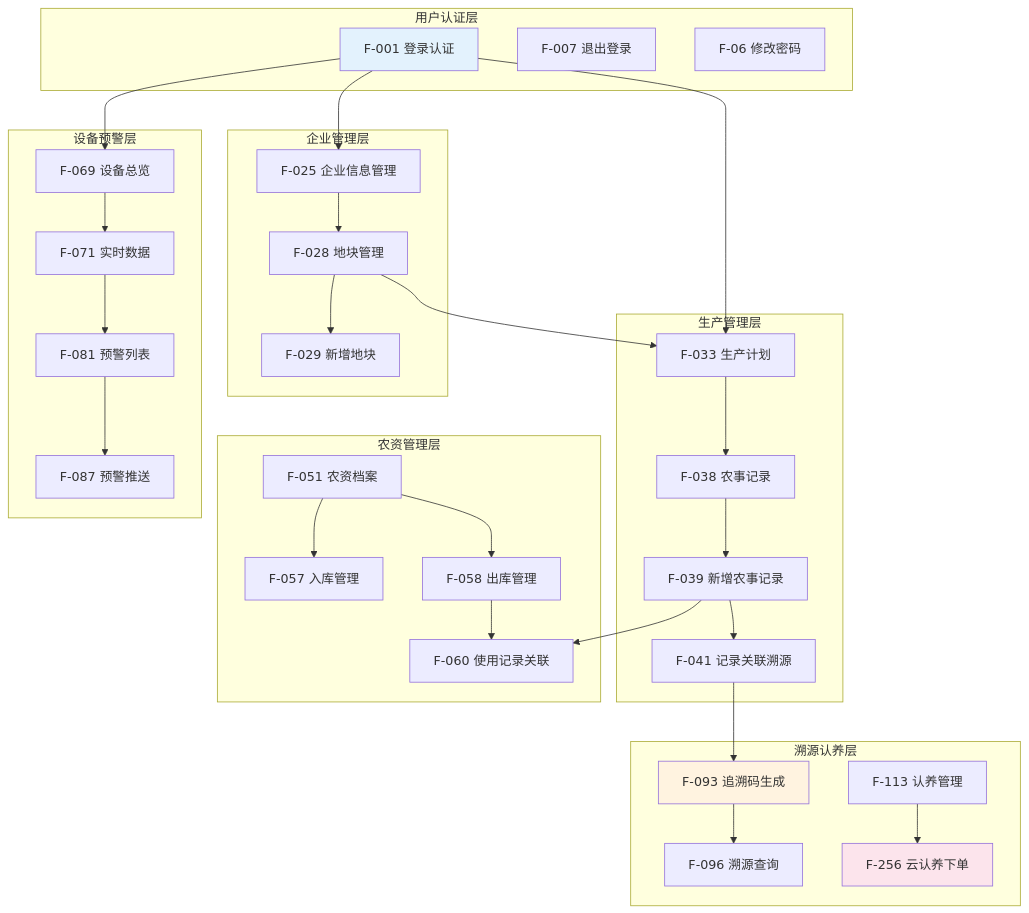
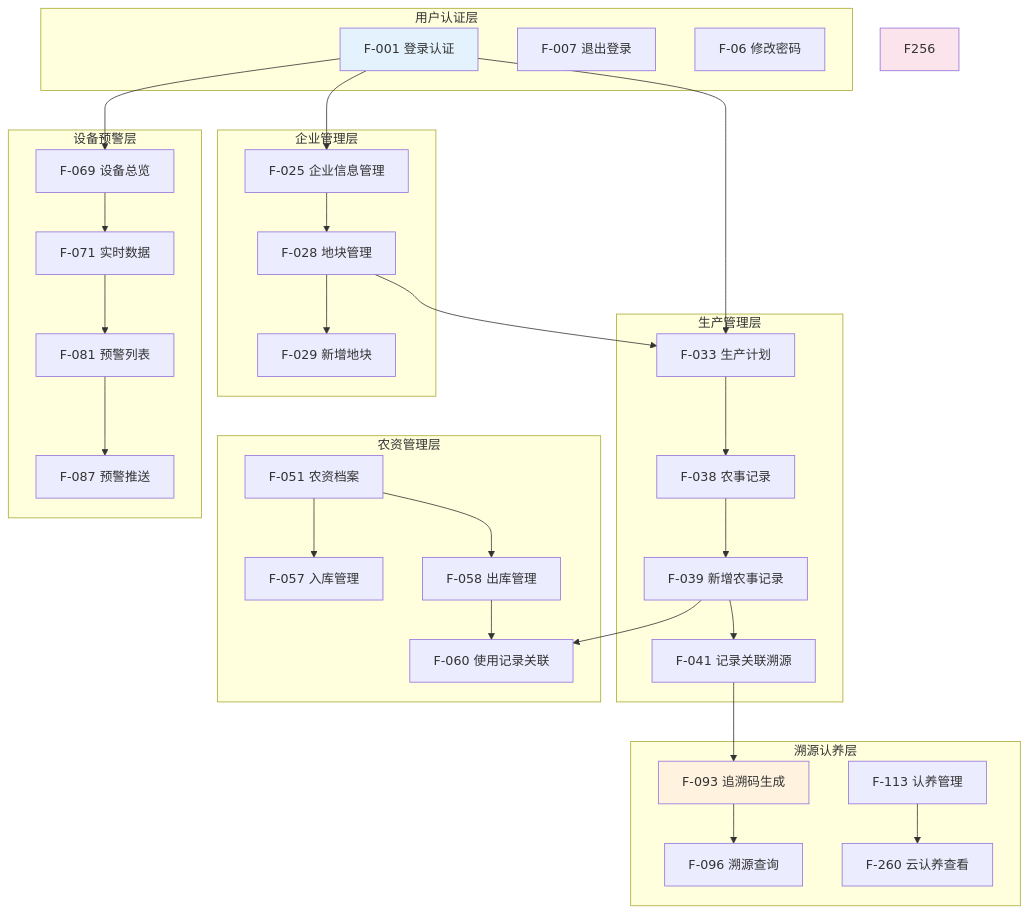
One commit to user007a/pro_smartorchard changed the fourth of 12 diagrams in docs/需求说明书.md. Above: the diagram before and after it, drawn with Mermaid. The commit also changed other lines of this file and 390 other files, not shown here.

````diff
--- a/docs/需求说明书.md
+++ b/docs/需求说明书.md
@@ -1526,66 +1606,66 @@
 ```mermaid
 flowchart TB
     subgraph 用户认证层
         F001[F-001 登录认证]
         F007[F-007 退出登录]
         F006[F-06 修改密码]
     end
 
     subgraph 企业管理层
         F025[F-025 企业信息管理]
         F028[F-028 地块管理]
         F029[F-029 新增地块]
     end
 
     subgraph 生产管理层
         F033[F-033 生产计划]
         F038[F-038 农事记录]
         F039[F-039 新增农事记录]
         F041[F-041 记录关联溯源]
     end
 
     subgraph 农资管理层
         F051[F-051 农资档案]
         F057[F-057 入库管理]
         F058[F-058 出库管理]
         F060[F-060 使用记录关联]
     end
 
     subgraph 设备预警层
         F069[F-069 设备总览]
         F071[F-071 实时数据]
         F081[F-081 预警列表]
         F087[F-087 预警推送]
     end
 
     subgraph 溯源认养层
         F093[F-093 追溯码生成]
         F096[F-096 溯源查询]
         F113[F-113 认养管理]
-        F256[F-256 云认养下单]
+        F260[F-260 云认养查看]
     end
 
     F001 --> F025
     F001 --> F033
     F001 --> F069
     F025 --> F028
     F028 --> F029
     F028 --> F033
     F033 --> F038
     F038 --> F039
     F039 --> F041
     F039 --> F060
     F051 --> F057
     F051 --> F058
     F058 --> F060
     F069 --> F071
     F071 --> F081
     F081 --> F087
     F041 --> F093
     F093 --> F096
-    F113 --> F256
+    F113 --> F260
 
     style F001 fill:#e3f2fd
     style F093 fill:#fff3e0
     style F256 fill:#fce4ec
 ```
````
